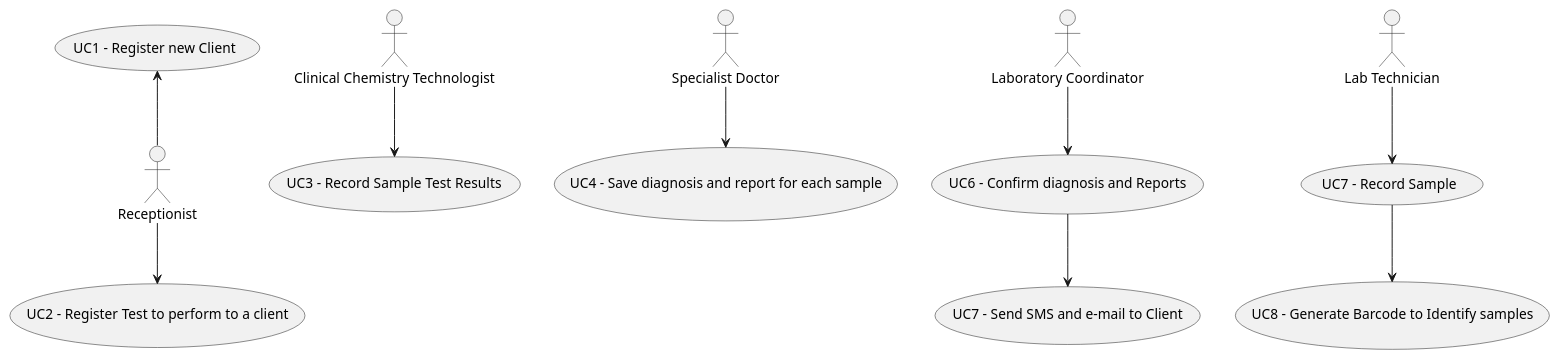
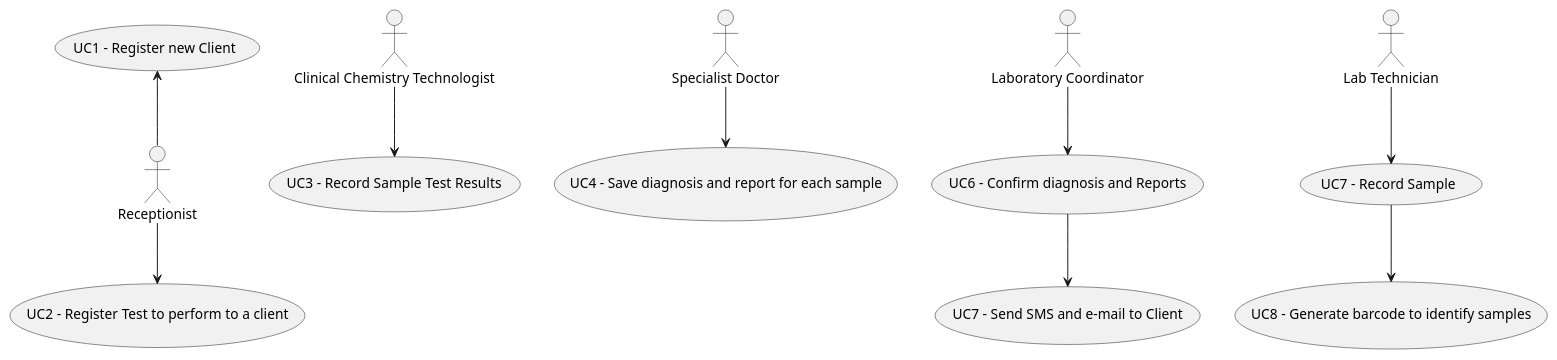
Before and after one commit to GuilhermeCunha79/lapr2: the diagram in docs/SprintA/UC Diagram.puml, drawn with PlantUML. The commit also changed 1 other file, not shown here.

Commit message:
Added UC Diagram V0.0.1

# Conflicts:
#	docs/SprintA/UC Diagram.puml

```diff
--- a/docs/SprintA/UC Diagram.puml
+++ b/docs/SprintA/UC Diagram.puml
@@ -1,22 +1,22 @@
 @startuml
 'https://plantuml.com/use-case-diagram
 
 
 :Receptionist: as Recep
 Recep -up-> (UC1 - Register new Client)
 Recep -down-> (UC2 - Register Test to perform to a client)
 :Clinical Chemistry Technologist: -down-> (UC3 - Record Sample Test Results)
 :Specialist Doctor: -down-> (UC4 - Save diagnosis and report for each sample)
 :Laboratory Coordinator: as lc
 (UC6 - Confirm diagnosis and Reports) as UC5
 (UC7 - Send SMS and e-mail to Client) as UC6
 :Lab Technician: as lt
 (UC7 - Record Sample) as UC7
-(UC8 - Generate Barcode to Identify samples) as UC8
+(UC8 - Generate barcode to identify samples) as UC8
 
 lc --> UC5
 UC5 --> UC6
 
 lt --> UC7
 UC7 --> UC8
 @enduml
```
